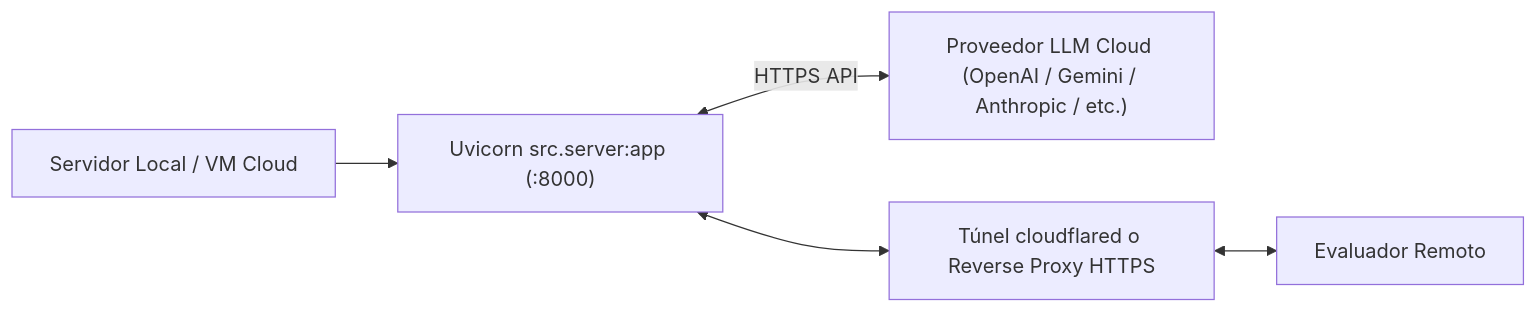
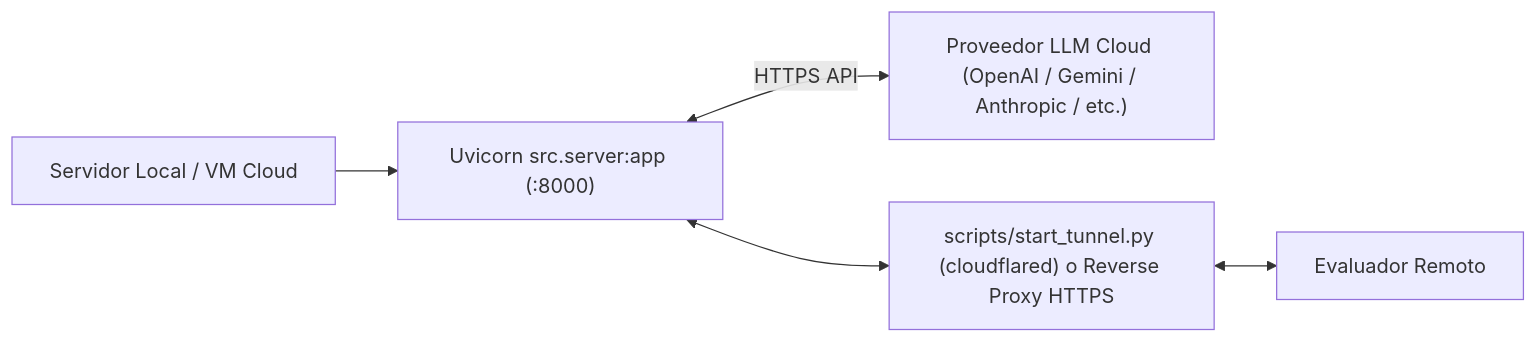
The fourth of 4 diagrams in ARCHITECTURE.md (chebaperez/aieng-utn-rag-challenge), drawn with Mermaid before and after one commit. The commit also changed other lines of this file and 5 other files, not shown here.

Commit message:
feat: add scripts/start_tunnel.py helper, reuse in Colab, and update tunnel docs

````diff
--- a/ARCHITECTURE.md
+++ b/ARCHITECTURE.md
@@ -151,7 +153,7 @@
 ```mermaid
 flowchart LR
     HOST["Servidor Local / VM Cloud"] --> UV["Uvicorn src.server:app (:8000)"]
     UV <-->|"HTTPS API"| PROV["Proveedor LLM Cloud (OpenAI / Gemini / Anthropic / etc.)"]
-    UV <--> PUB["Túnel cloudflared o Reverse Proxy HTTPS"]
+    UV <--> PUB["scripts/start_tunnel.py (cloudflared) o Reverse Proxy HTTPS"]
     PUB <--> REM["Evaluador Remoto"]
 ```
````
